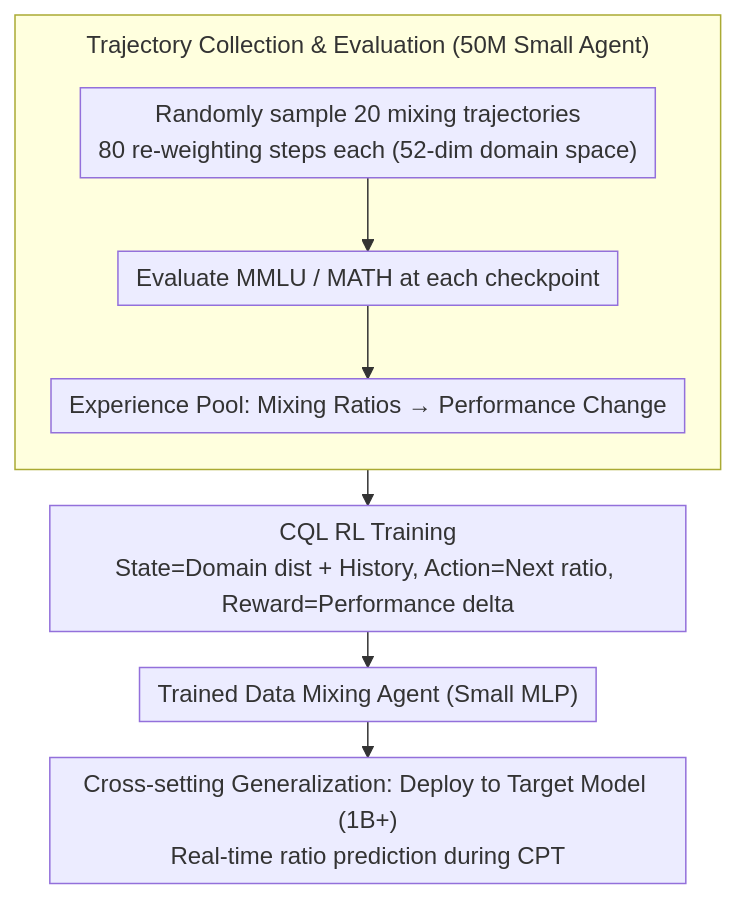
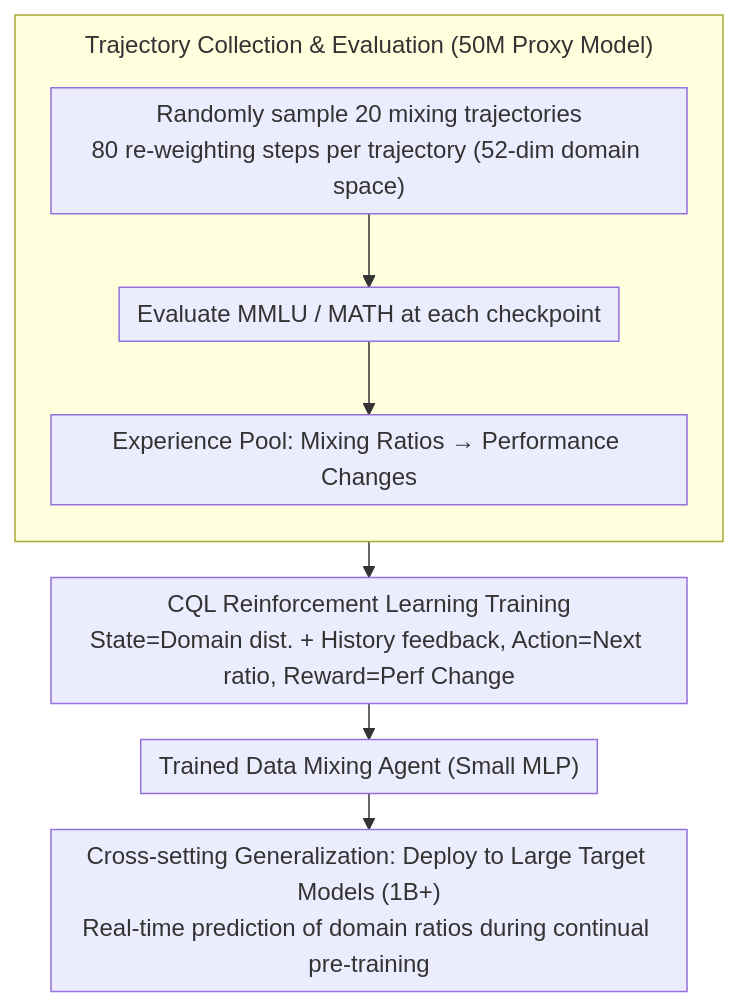
One commit to zhaoyang97/Paper-Notes-en changed the diagram in docs/ACL2026/llm_pretraining/data_mixing_agent_learning_to_re-weight_domains_for_continual_pre-training.md. Above: the diagram before and after it, drawn with Mermaid. The commit also changed other lines of this file and 5084 other files, not shown here.

````diff
--- a/docs/ACL2026/llm_pretraining/data_mixing_agent_learning_to_re-weight_domains_for_continual_pre-training.md
+++ b/docs/ACL2026/llm_pretraining/data_mixing_agent_learning_to_re-weight_domains_for_continual_pre-training.md
@@ -45,12 +45,12 @@
 ```mermaid
 %%{init: {'flowchart': {'rankSpacing': 24, 'nodeSpacing': 28, 'padding': 6, 'wrappingWidth': 400, 'subGraphTitleMargin': {'top': 8, 'bottom': 16}}}}%%
 flowchart TD
-    subgraph TRAJ["Trajectory Collection & Evaluation (50M Small Agent)"]
+    subgraph TRAJ["Trajectory Collection & Evaluation (50M Proxy Model)"]
         direction TB
-        A["Randomly sample 20 mixing trajectories<br/>80 re-weighting steps each (52-dim domain space)"] --> B["Evaluate MMLU / MATH at each checkpoint"]
-        B --> C["Experience Pool: Mixing Ratios → Performance Change"]
+        A["Randomly sample 20 mixing trajectories<br/>80 re-weighting steps per trajectory (52-dim domain space)"] --> B["Evaluate MMLU / MATH at each checkpoint"]
+        B --> C["Experience Pool: Mixing Ratios → Performance Changes"]
     end
-    C --> D["CQL RL Training<br/>State=Domain dist + History, Action=Next ratio, Reward=Performance delta"]
+    C --> D["CQL Reinforcement Learning Training<br/>State=Domain dist. + History feedback, Action=Next ratio, Reward=Perf Change"]
     D --> E["Trained Data Mixing Agent (Small MLP)"]
-    E --> F["Cross-setting Generalization: Deploy to Target Model (1B+)<br/>Real-time ratio prediction during CPT"]
+    E --> F["Cross-setting Generalization: Deploy to Large Target Models (1B+)<br/>Real-time prediction of domain ratios during continual pre-training"]
 ```
````
